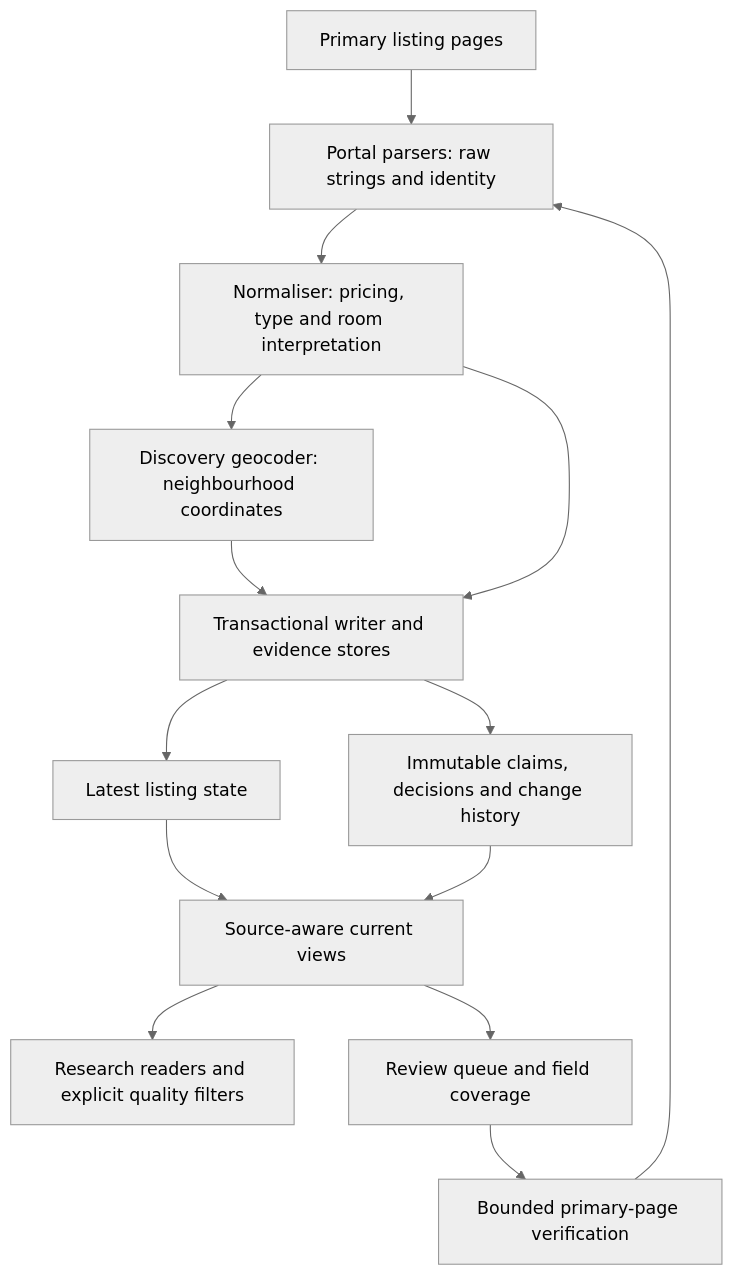
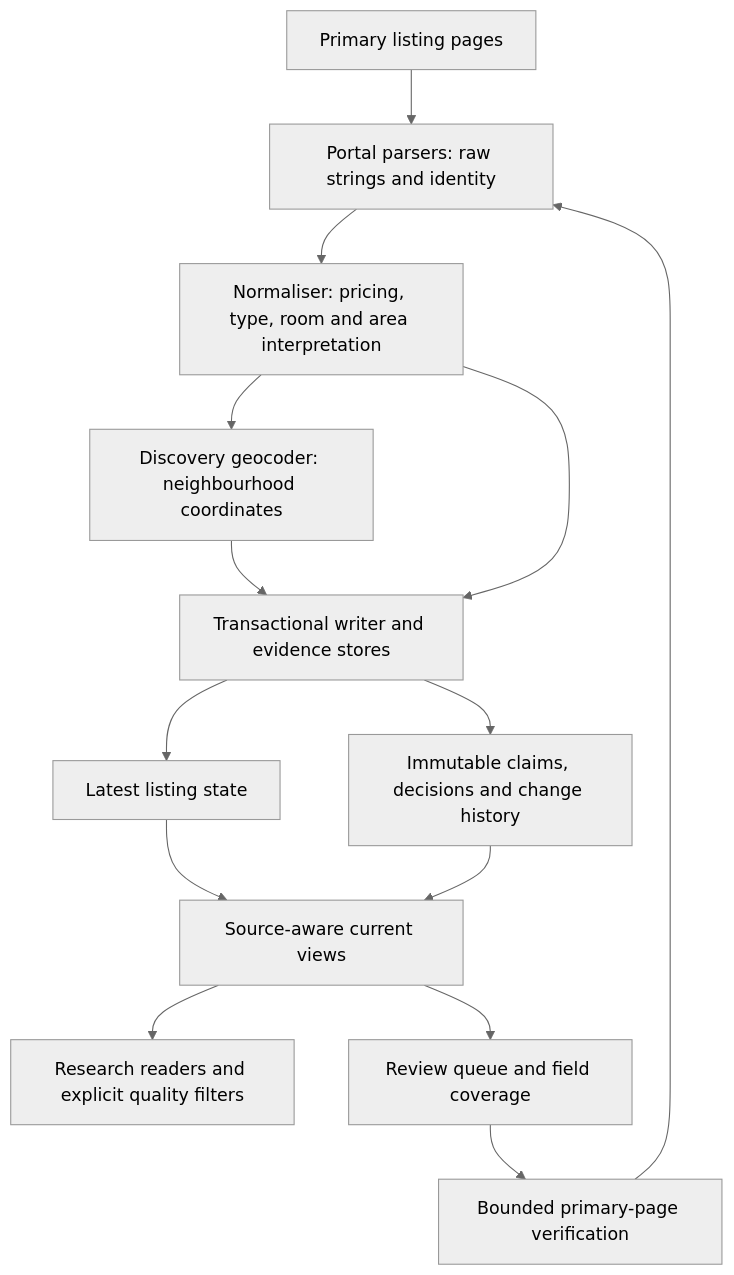
The diagram in ARCHITECTURE.md (islajr/property-scraper), drawn with Mermaid (neutral theme) before and after one commit. The commit also changed other lines of this file and 2 other files, not shown here.

````diff
--- a/ARCHITECTURE.md
+++ b/ARCHITECTURE.md
@@ -12,16 +12,16 @@
 ```mermaid
 flowchart TD
     P[Primary listing pages] --> R[Portal parsers: raw strings and identity]
-    R --> N[Normaliser: pricing, type and room interpretation]
+    R --> N[Normaliser: pricing, type, room and area interpretation]
     N --> G[Discovery geocoder: neighbourhood coordinates]
     G --> W[Transactional writer and evidence stores]
     N --> W
     W --> S[Latest listing state]
     W --> A[Immutable claims, decisions and change history]
     S --> V[Source-aware current views]
     A --> V
     V --> C[Research readers and explicit quality filters]
     V --> Q[Review queue and field coverage]
     Q --> O[Bounded primary-page verification]
     O --> R
 ```
````
